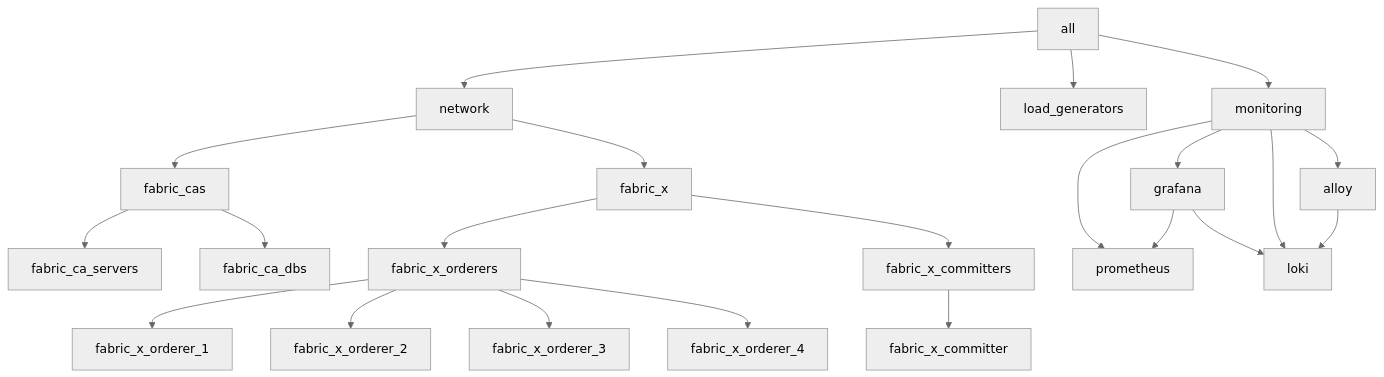
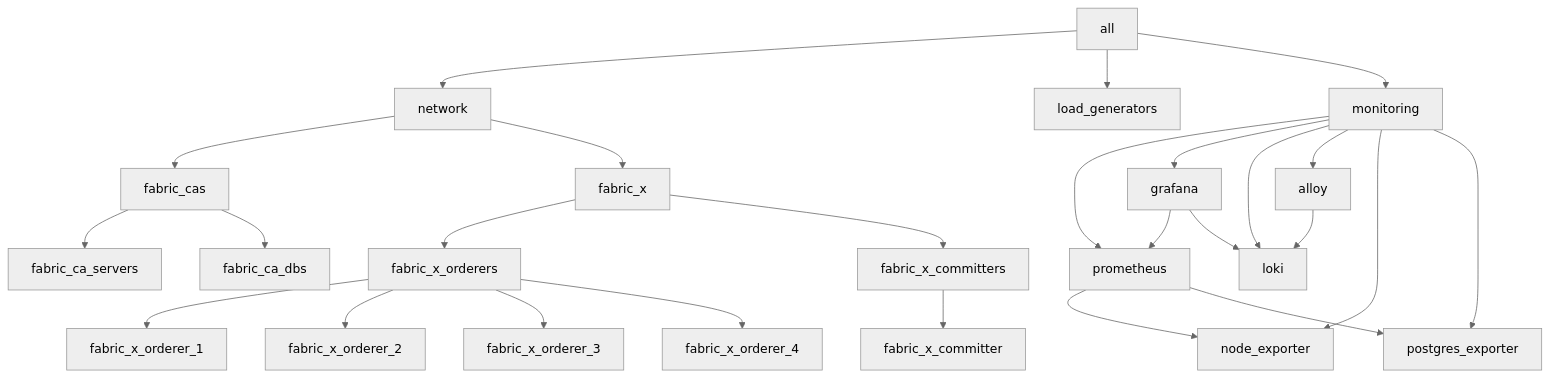
Before and after one commit to LF-Decentralized-Trust-labs/fabric-x-ansible-collection: the diagram in examples/inventory/docs/k8s/fabric-x-no-mtls.md, drawn with Mermaid (neutral theme). The commit also changed 77 other files, not shown here.

````diff
--- a/examples/inventory/docs/k8s/fabric-x-no-mtls.md
+++ b/examples/inventory/docs/k8s/fabric-x-no-mtls.md
@@ -33,24 +33,28 @@
 ```mermaid
 flowchart TD
   all --> network
   network --> fabric_cas
   network --> fabric_x
   all --> load_generators
   all --> monitoring
   monitoring --> prometheus
   monitoring --> grafana
   monitoring --> loki
   monitoring --> alloy
+  monitoring --> node_exporter
+  monitoring --> postgres_exporter
   grafana --> prometheus
   grafana --> loki
   alloy --> loki
+  prometheus --> node_exporter
+  prometheus --> postgres_exporter
   fabric_cas --> fabric_ca_servers
   fabric_cas --> fabric_ca_dbs
   fabric_x --> fabric_x_orderers
   fabric_x --> fabric_x_committers
   fabric_x_committers --> fabric_x_committer
   fabric_x_orderers --> fabric_x_orderer_1
   fabric_x_orderers --> fabric_x_orderer_2
   fabric_x_orderers --> fabric_x_orderer_3
   fabric_x_orderers --> fabric_x_orderer_4
 ```
````
